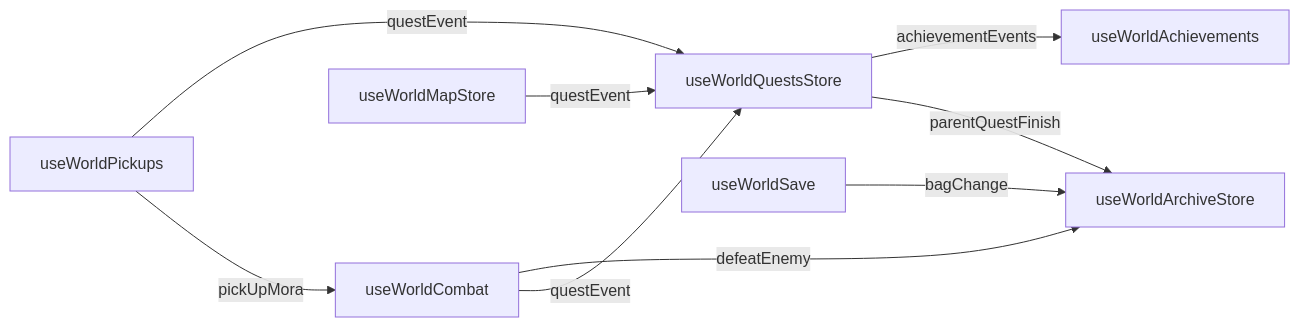
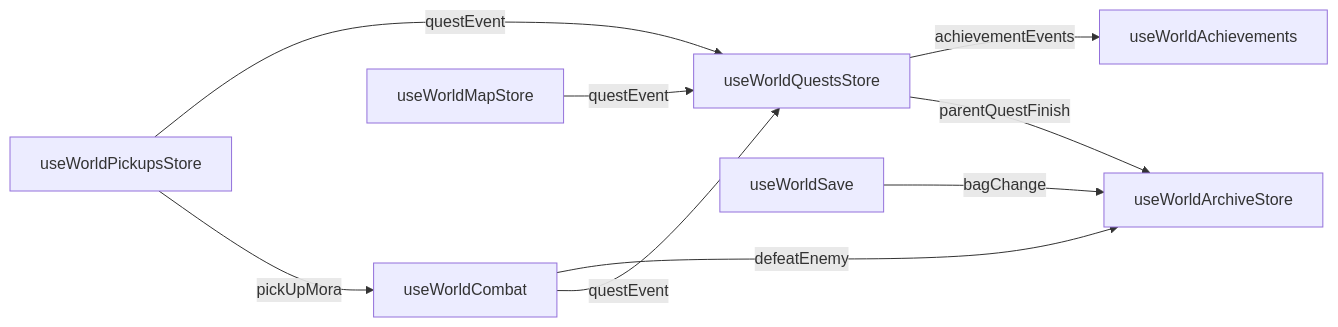
The second of 2 diagrams in openspec/specs/genshin/engine-architecture/design.md (Esposter/Esposter), drawn with Mermaid before and after one commit. The commit also changed other lines of this file and 27 other files, not shown here.

First line of the commit message:
Move the pickups into a world store

````diff
--- a/openspec/specs/genshin/engine-architecture/design.md
+++ b/openspec/specs/genshin/engine-architecture/design.md
@@ -78,11 +78,11 @@
 ```mermaid
 flowchart LR
-  Pick[useWorldPickups] -->|questEvent| Quests[useWorldQuestsStore]
+  Pick[useWorldPickupsStore] -->|questEvent| Quests[useWorldQuestsStore]
   Pick -->|pickUpMora| Combat[useWorldCombat]
   Combat -->|defeatEnemy| Archive[useWorldArchiveStore]
   Combat -->|questEvent| Quests
   Save[useWorldSave] -->|bagChange| Archive
   Quests -->|achievementEvents| Achievements[useWorldAchievements]
   Quests -->|parentQuestFinish| Archive
   Map[useWorldMapStore] -->|questEvent| Quests
 ```
````
